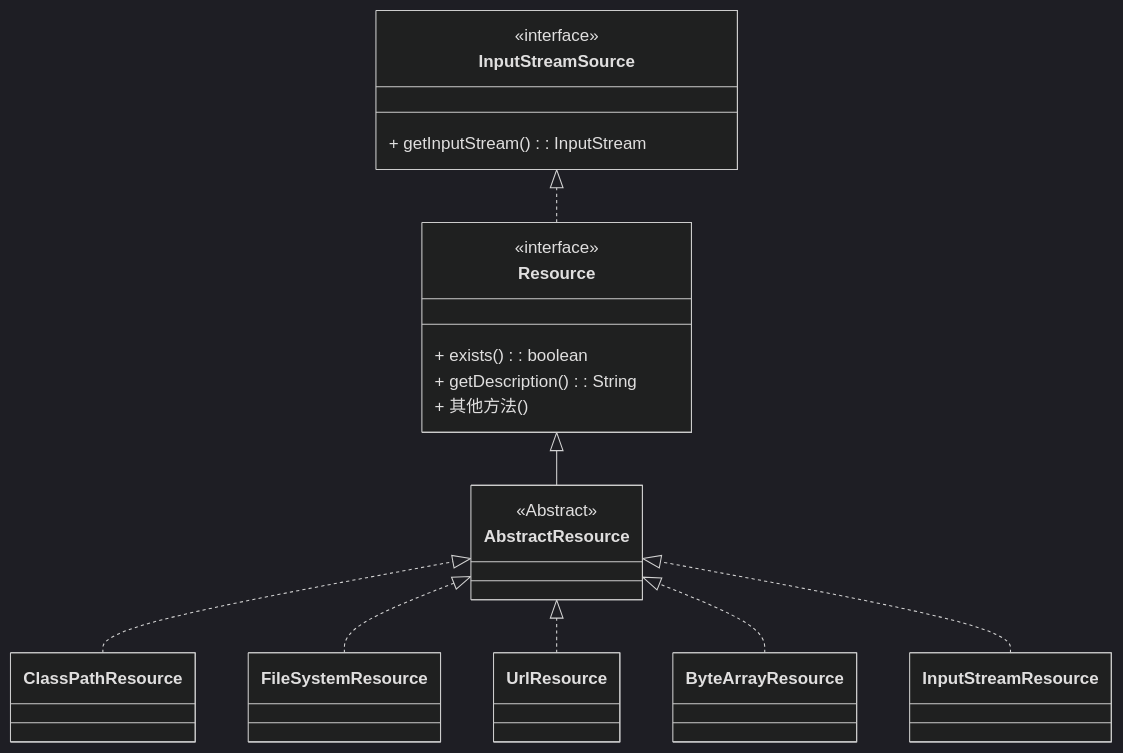
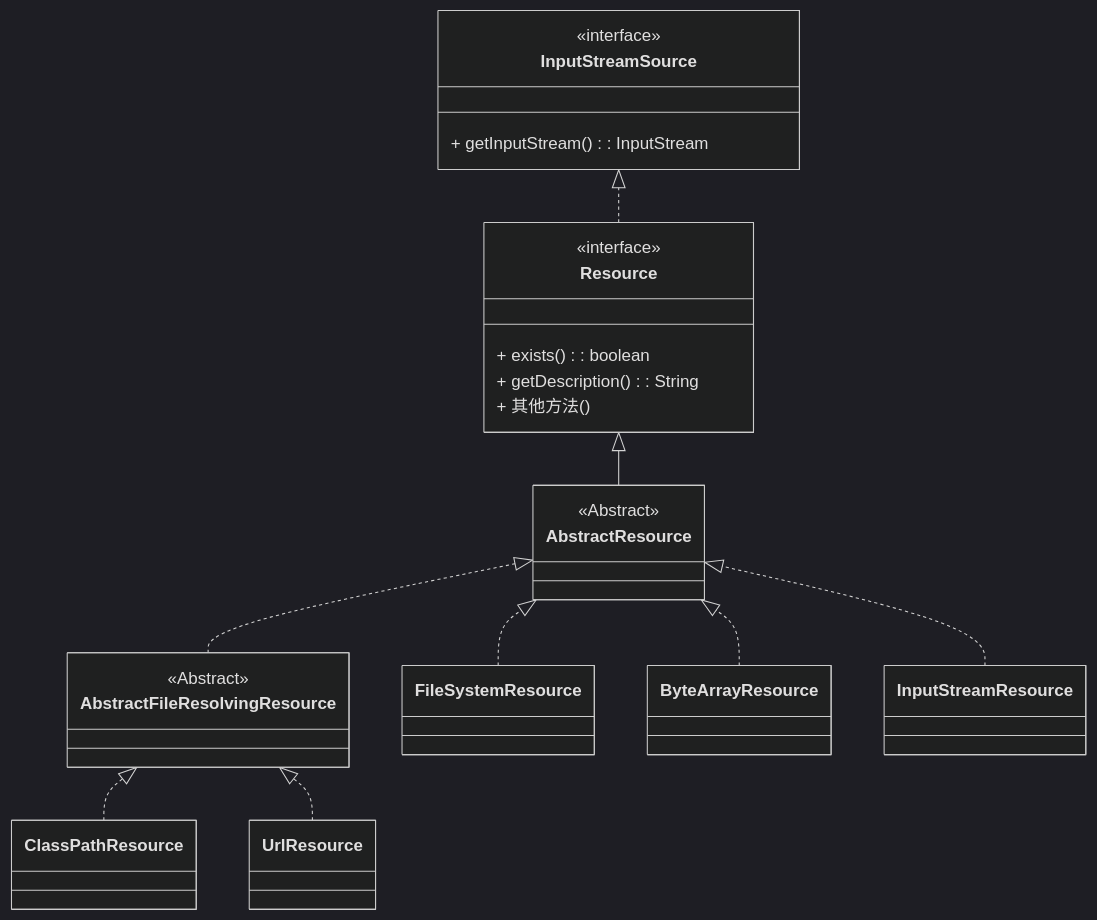
Before and after one commit to xuchengsheng/spring-reading: the diagram in spring-resources/spring-resource/README.md, drawn with Mermaid (dark theme).

Commit message:
Resource源码分析

```diff
--- a/spring-resources/spring-resource/README.md
+++ b/spring-resources/spring-resource/README.md
@@ -165,42 +165,47 @@
 ~~~mermaid
 classDiagram
     direction BT
     
     class InputStreamSource{
     	<<interface>>
     	+ getInputStream(): InputStream
     }
     
     class Resource {
     	<<interface>>
         + exists(): boolean
         + getDescription(): String
         + 其他方法()
     }
     Resource ..|> InputStreamSource
 
     class AbstractResource {
     	<<Abstract>>
     }
     AbstractResource --|> Resource
+    
+    class AbstractFileResolvingResource {
+    	<<Abstract>>
+    }
+    AbstractFileResolvingResource ..|> AbstractResource
 
     class ClassPathResource {
     }
-    ClassPathResource ..|> AbstractResource
+    ClassPathResource ..|> AbstractFileResolvingResource
     
     class FileSystemResource {
     }
     FileSystemResource ..|> AbstractResource
     
     class UrlResource {
     }
-    UrlResource ..|> AbstractResource
+    UrlResource ..|> AbstractFileResolvingResource
     
     class ByteArrayResource {
     }
     ByteArrayResource ..|> AbstractResource
     
     class InputStreamResource {
     }
     InputStreamResource ..|> AbstractResource
 ~~~
```
